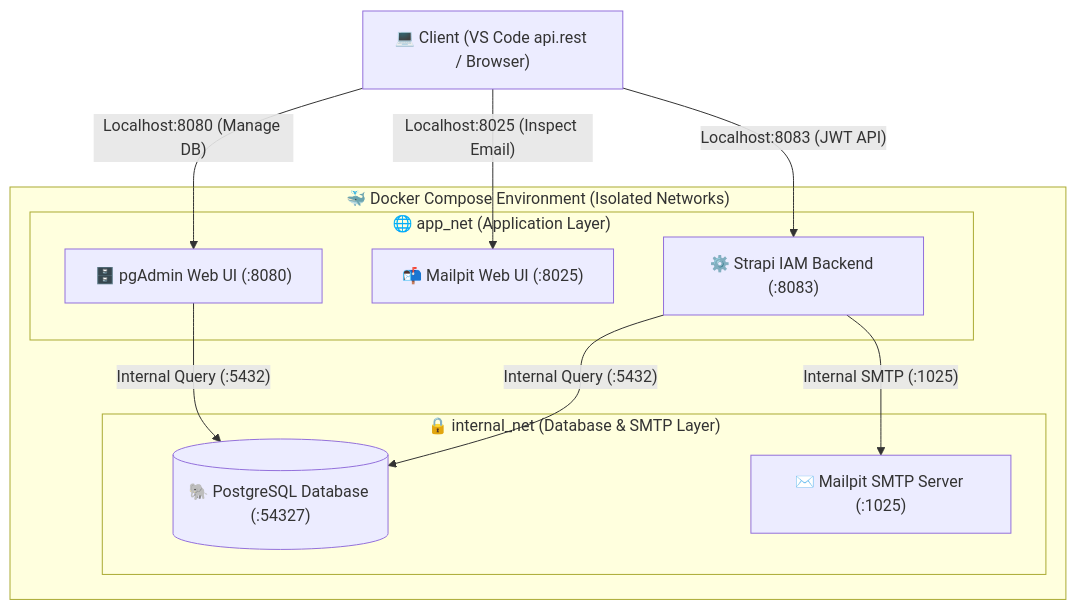
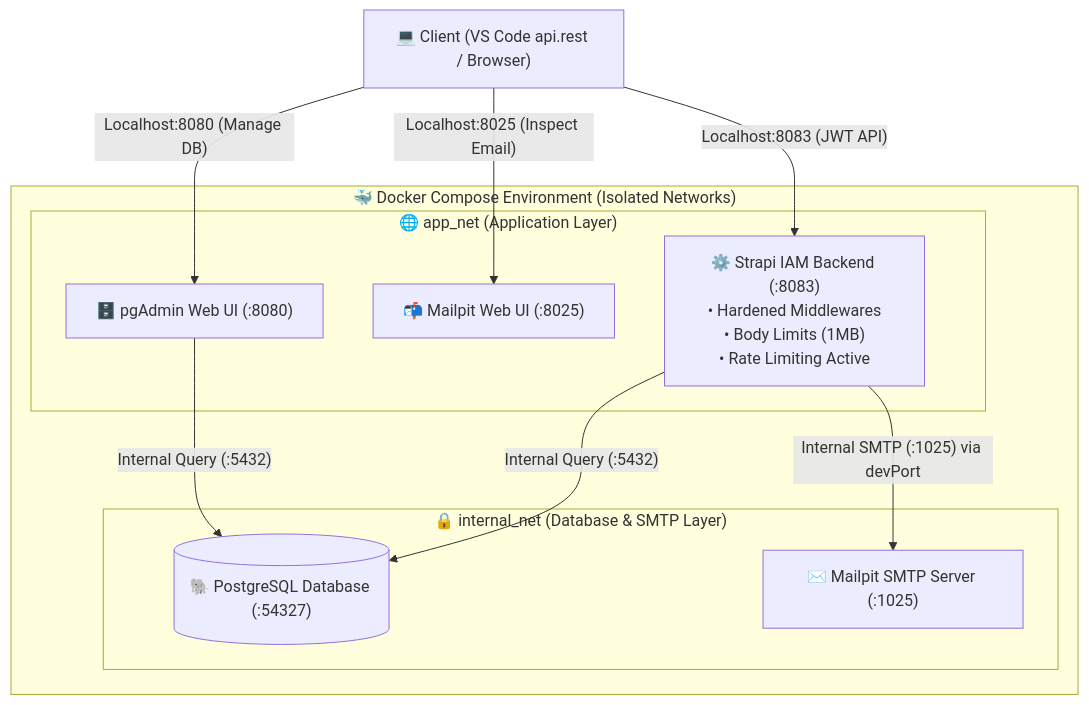
One commit to DKBOTMONEY/69-s3-cybersec changed the diagram in SECURITY_TEST_REPORT.md. Above: the diagram before and after it, drawn with Mermaid. The commit also changed other lines of this file and 7 other files, not shown here.

````diff
--- a/SECURITY_TEST_REPORT.md
+++ b/SECURITY_TEST_REPORT.md
@@ -21,25 +21,25 @@
 ```mermaid
 graph TD
     Client["💻 Client (VS Code api.rest / Browser)"]
     
     subgraph DockerCompose["🐳 Docker Compose Environment (Isolated Networks)"]
         subgraph AppNet["🌐 app_net (Application Layer)"]
-            Strapi["⚙️ Strapi IAM Backend (:8083)"]
+            Strapi["⚙️ Strapi IAM Backend (:8083)<br/>• Hardened Middlewares<br/>• Body Limits (1MB)<br/>• Rate Limiting Active"]
             Mailpit["📬 Mailpit Web UI (:8025)"]
             PgAdmin["🗄️ pgAdmin Web UI (:8080)"]
         end
         
         subgraph InternalNet["🔒 internal_net (Database & SMTP Layer)"]
             Postgres[("🐘 PostgreSQL Database (:54327)")]
             SMTP["✉️ Mailpit SMTP Server (:1025)"]
         end
     end
 
     Client -->|"Localhost:8083 (JWT API)"| Strapi
     Client -->|"Localhost:8025 (Inspect Email)"| Mailpit
     Client -->|"Localhost:8080 (Manage DB)"| PgAdmin
     
     Strapi -->|"Internal Query (:5432)"| Postgres
-    Strapi -->|"Internal SMTP (:1025)"| SMTP
+    Strapi -->|"Internal SMTP (:1025) via devPort"| SMTP
     PgAdmin -->|"Internal Query (:5432)"| Postgres
 ```
````
